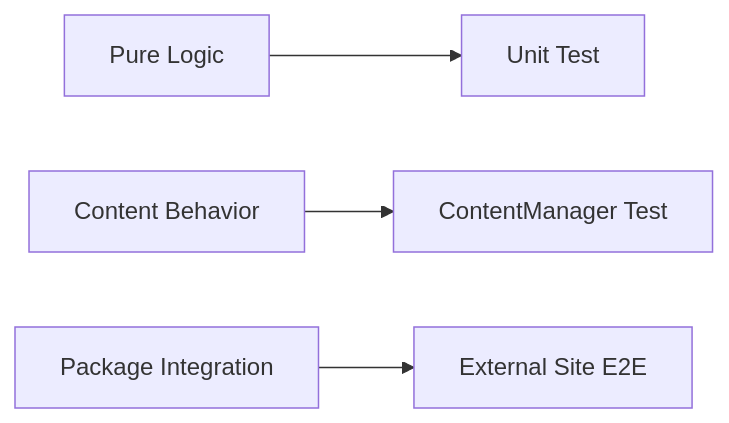
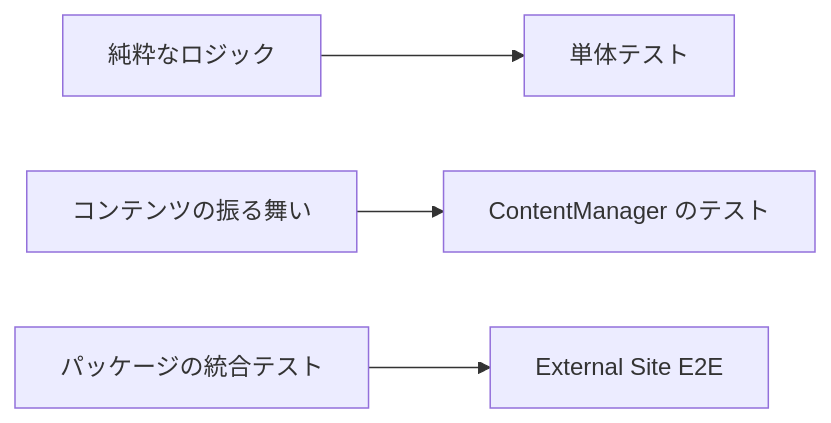
Before and after one commit to Rerurate514/riebeckite: the sixth of 6 diagrams in docs/docs/framework/testing.ja.md, drawn with Mermaid. The commit also changed other lines of this file and 310 other files, not shown here.

````diff
--- a/docs/docs/framework/testing.ja.md
+++ b/docs/docs/framework/testing.ja.md
@@ -657,13 +505,13 @@
 ```mermaid
 flowchart LR
-    Logic["Pure Logic"]
-    Unit["Unit Test"]
-    Content["Content Behavior"]
-    Manager["ContentManager Test"]
-    Package["Package Integration"]
+    Logic["純粋なロジック"]
+    Unit["単体テスト"]
+    Content["コンテンツの振る舞い"]
+    Manager["ContentManager のテスト"]
+    Package["パッケージの統合テスト"]
     E2E["External Site E2E"]
 
     Logic --> Unit
     Content --> Manager
     Package --> E2E
 ```
````
